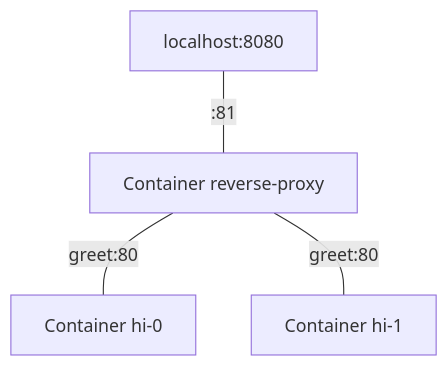
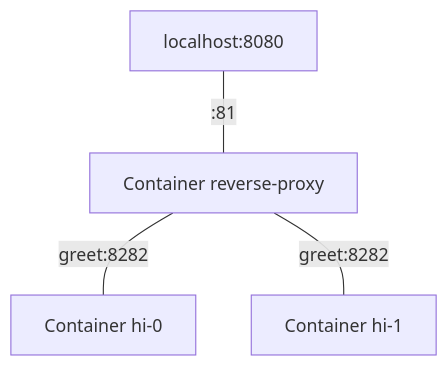
Before and after one commit to evolutics/zero-downtime-deployments-with-podman: the diagram in README.md, drawn with Mermaid. The commit also changed other lines of this file and 1 other file, not shown here.

````diff
--- a/README.md
+++ b/README.md
@@ -12,6 +12,6 @@
 ```mermaid
 flowchart TD
     localhost:8080 ---|:81| proxy[Container reverse-proxy]
-    proxy ---|greet:80| hi0[Container hi-0]
-    proxy ---|greet:80| hi1[Container hi-1]
+    proxy ---|greet:8282| hi0[Container hi-0]
+    proxy ---|greet:8282| hi1[Container hi-1]
 ```
````
